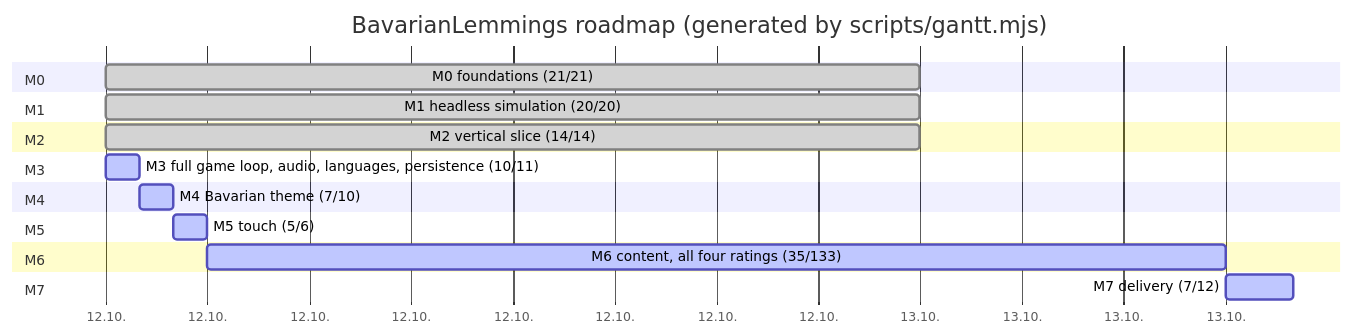
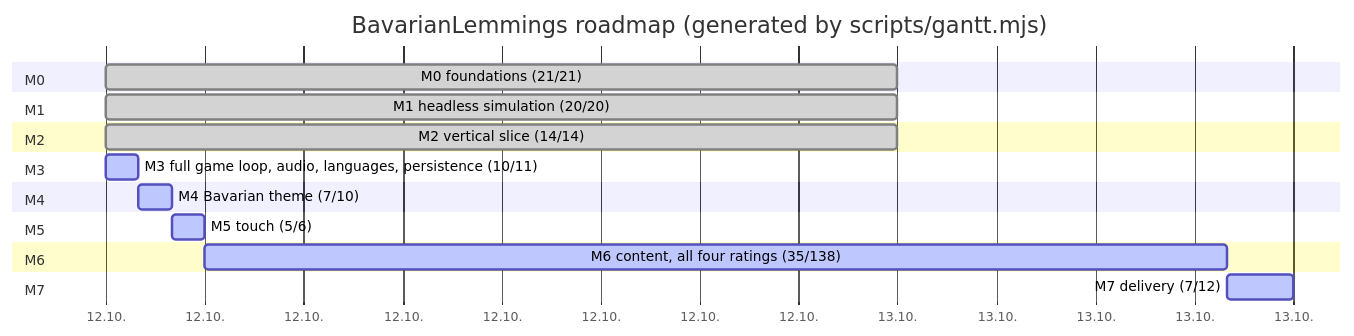
One commit to marcelpetrick/BavarianLemmings changed the diagram in plan.md. Above: the diagram before and after it, drawn with Mermaid. The commit also changed other lines of this file and 3 other files, not shown here.

````diff
--- a/plan.md
+++ b/plan.md
@@ -43,22 +43,22 @@
 ```mermaid
 gantt
     title BavarianLemmings roadmap (generated by scripts/gantt.mjs)
     dateFormat  YYYY-MM-DD
     axisFormat  %d.%m.
     section M0
     M0 foundations (21/21) :done, m0, 2026-10-12, 1d
     section M1
     M1 headless simulation (20/20) :done, m1, 2026-10-12, 1d
     section M2
     M2 vertical slice (14/14) :done, m2, 2026-10-12, 1d
     section M3
     M3 full game loop, audio, languages, persistence (10/11) :active, m3, 2026-10-12, 1h
     section M4
     M4 Bavarian theme (7/10) :active, m4, after m3, 1h
     section M5
     M5 touch (5/6) :active, m5, after m4, 1h
     section M6
-    M6 content, all four ratings (35/133) :active, m6, after m5, 30h
+    M6 content, all four ratings (35/138) :active, m6, after m5, 31h
     section M7
     M7 delivery (7/12) :active, m7, after m6, 2h
 ```
````
